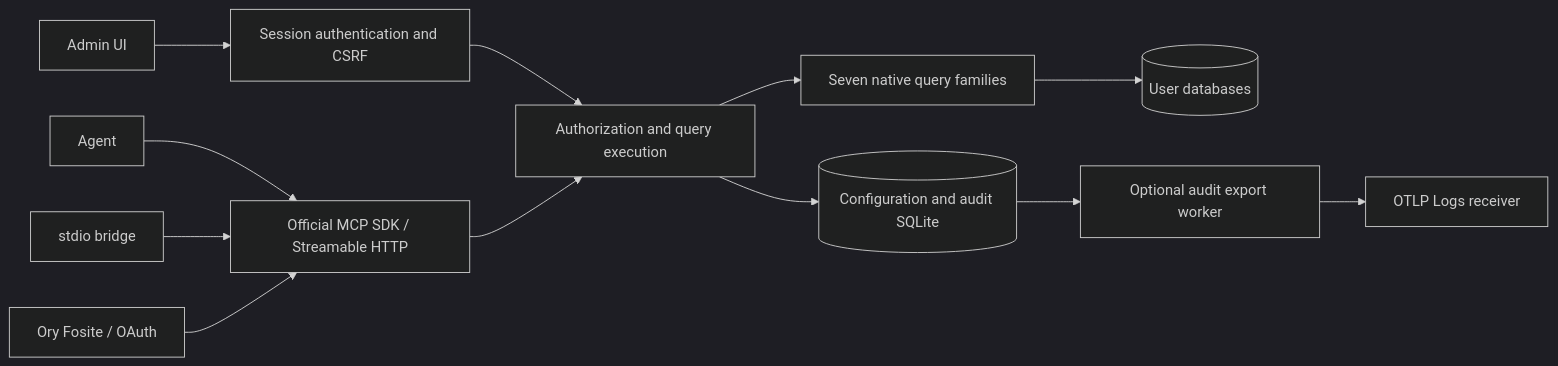
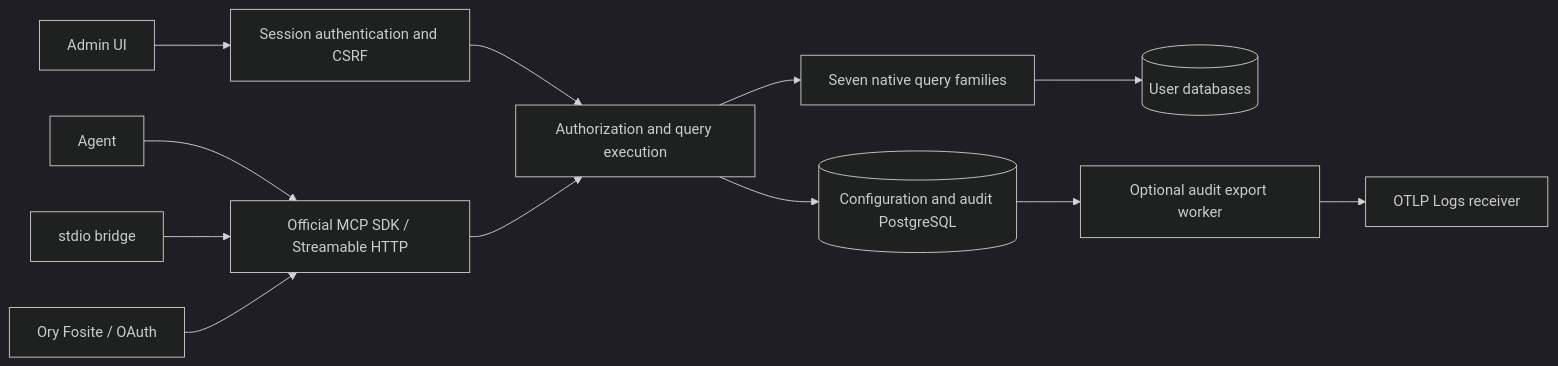
Before and after one commit to SamuelSupe/contextGate: the diagram in docs/architecture.md, drawn with Mermaid (dark theme). The commit also changed other lines of this file and 253 other files, not shown here.

Commit message:
feat: release ContextGate 0.4.0 with configuration MCP and PostgreSQL metadata

````diff
--- a/docs/architecture.md
+++ b/docs/architecture.md
@@ -7,14 +7,14 @@
 ```mermaid
 flowchart LR
   UI[Admin UI] --> API[Session authentication and CSRF]
   Agent[Agent] --> MCP[Official MCP SDK / Streamable HTTP]
   CLI[stdio bridge] --> MCP
   OAuth[Ory Fosite / OAuth] --> MCP
   API --> Execute[Authorization and query execution]
   MCP --> Execute
   Execute --> Adapters[Seven native query families]
   Adapters --> DB[(User databases)]
-  Execute --> Store[(Configuration and audit SQLite)]
+  Execute --> Store[(Configuration and audit PostgreSQL)]
   Store --> Export[Optional audit export worker]
   Export --> OTLP[OTLP Logs receiver]
 ```
````
